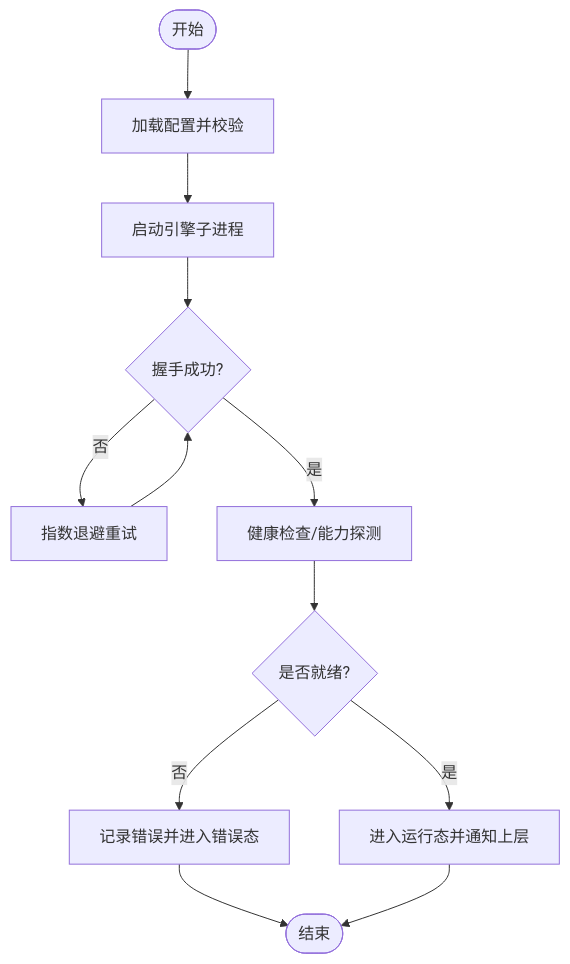
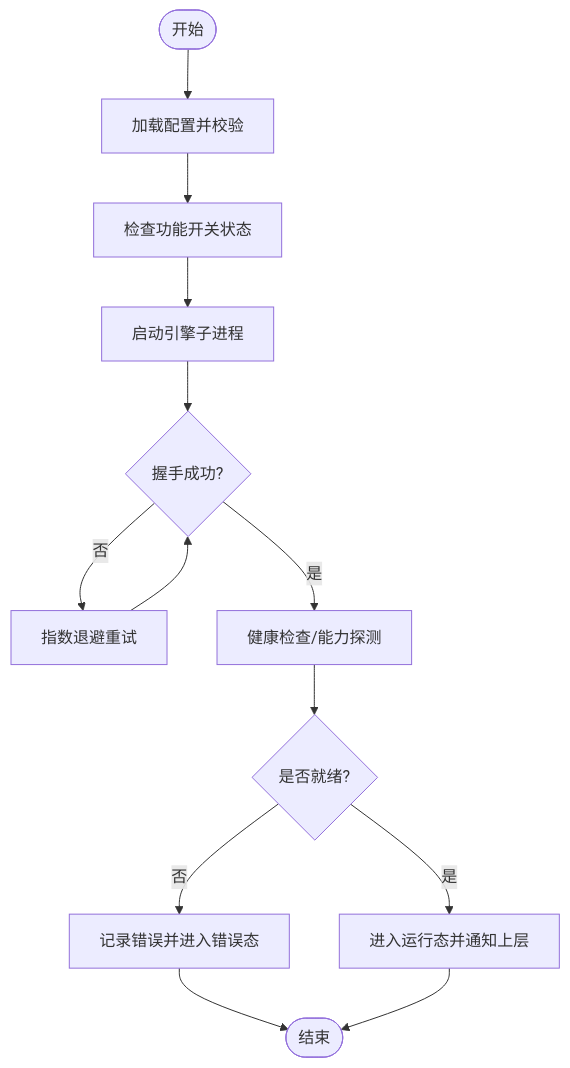
The fourth of 7 diagrams in .qoder/repowiki/zh/content/架构设计/分层架构详解/适配层（Adapter Layer）/引擎主机（Engine Host）.md (kkutysllb/KCoder), drawn with Mermaid before and after one commit. The commit also changed other lines of this file and 105 other files, not shown here.

````diff
--- a/.qoder/repowiki/zh/content/架构设计/分层架构详解/适配层（Adapter Layer）/引擎主机（Engine Host）.md
+++ b/.qoder/repowiki/zh/content/架构设计/分层架构详解/适配层（Adapter Layer）/引擎主机（Engine Host）.md
@@ -178,14 +189,15 @@
 ```mermaid
 flowchart TD
 Start(["开始"]) --> LoadCfg["加载配置并校验"]
-LoadCfg --> Spawn["启动引擎子进程"]
+LoadCfg --> CheckFeatures["检查功能开关状态"]
+CheckFeatures --> Spawn["启动引擎子进程"]
 Spawn --> Handshake{"握手成功?"}
 Handshake --> |否| Retry["指数退避重试"]
 Retry --> Handshake
 Handshake --> |是| Health["健康检查/能力探测"]
 Health --> Ready{"是否就绪?"}
 Ready --> |否| Error["记录错误并进入错误态"]
 Ready --> |是| Running["进入运行态并通知上层"]
 Error --> End(["结束"])
 Running --> End
 ```
````
